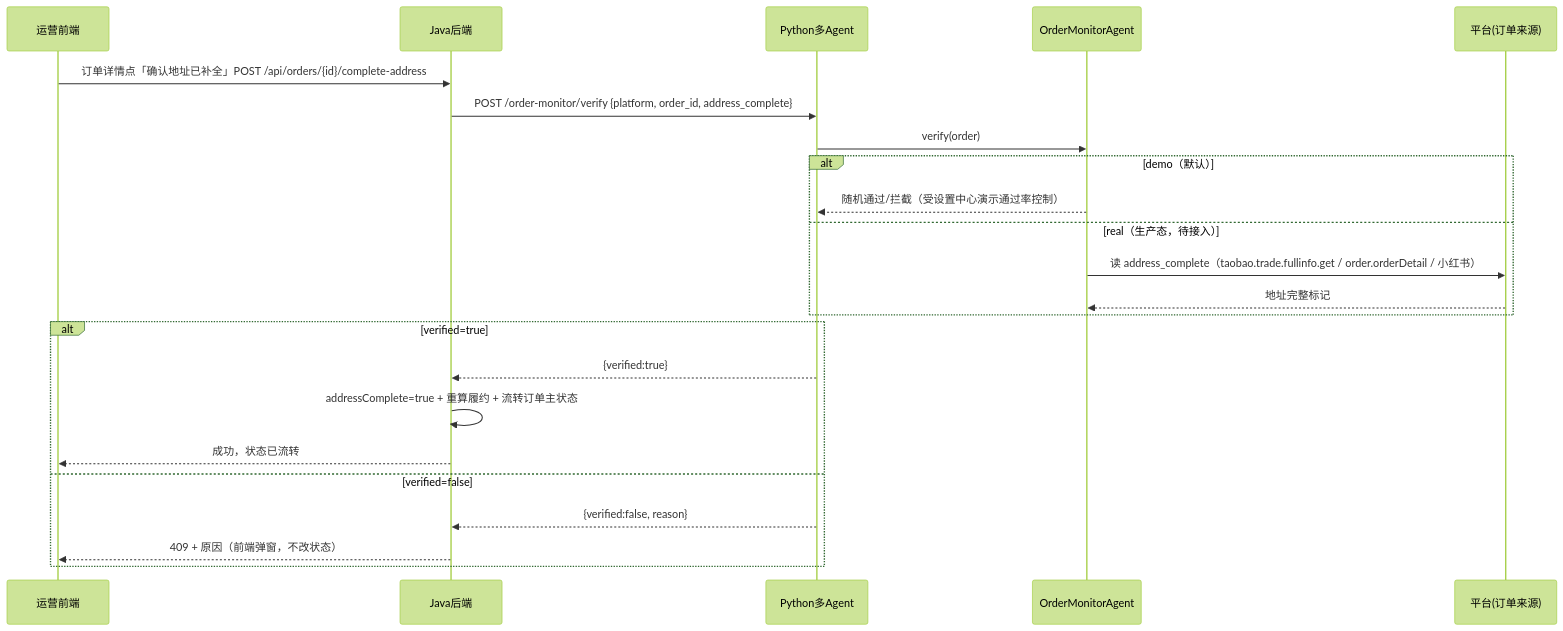
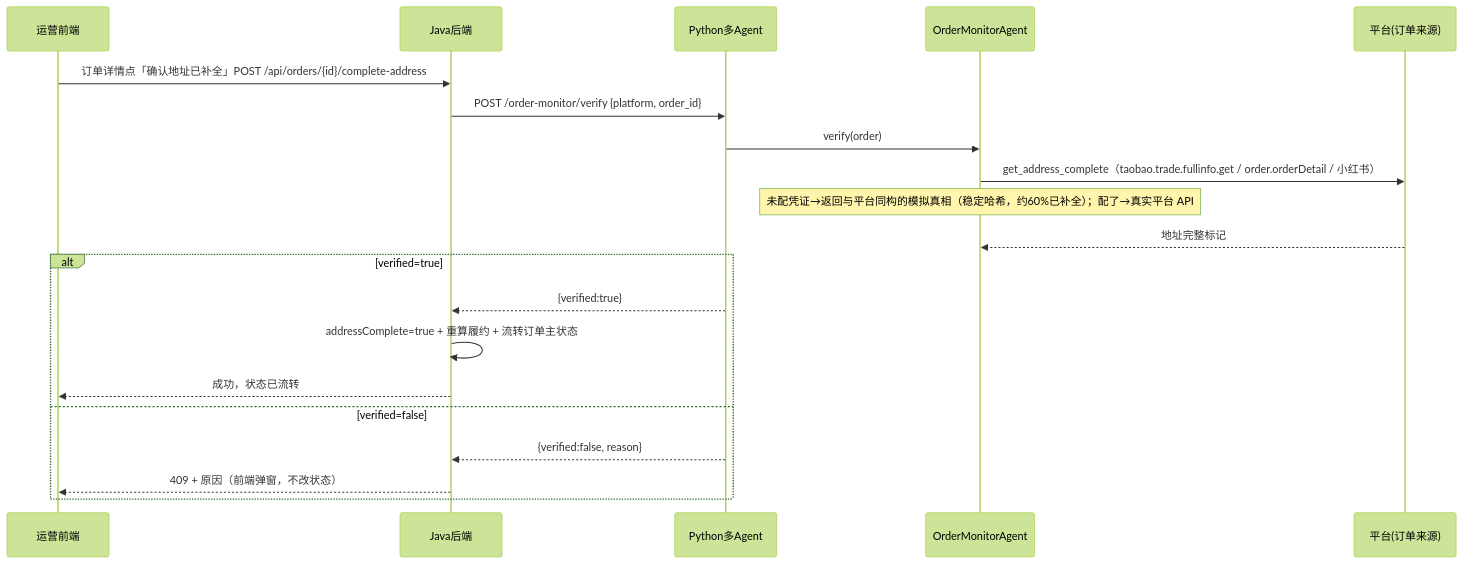
Before and after one commit to zhe-shi-lth/ecommerce-multi-agent-assistant: the fourth of 6 diagrams in 多Agent架构与时序图.md, drawn with Mermaid (forest theme). The commit also changed other lines of this file and 43 other files, not shown here.

````diff
--- a/多Agent架构与时序图.md
+++ b/多Agent架构与时序图.md
@@ -197,26 +198,23 @@
 ```mermaid
 sequenceDiagram
     participant 运营前端
     participant Java后端
     participant Python多Agent
     participant OrderMonitorAgent
     participant 平台(订单来源)
 
     运营前端->>Java后端: 订单详情点「确认地址已补全」POST /api/orders/{id}/complete-address
-    Java后端->>Python多Agent: POST /order-monitor/verify {platform, order_id, address_complete}
+    Java后端->>Python多Agent: POST /order-monitor/verify {platform, order_id}
     Python多Agent->>OrderMonitorAgent: verify(order)
-    alt demo（默认）
-        OrderMonitorAgent-->>Python多Agent: 随机通过/拦截（受设置中心演示通过率控制）
-    else real（生产态，待接入）
-        OrderMonitorAgent->>平台(订单来源): 读 address_complete（taobao.trade.fullinfo.get / order.orderDetail / 小红书）
-        平台(订单来源)-->>OrderMonitorAgent: 地址完整标记
-    end
+    OrderMonitorAgent->>平台(订单来源): get_address_complete（taobao.trade.fullinfo.get / order.orderDetail / 小红书）
+    Note over OrderMonitorAgent: 未配凭证→返回与平台同构的模拟真相（稳定哈希，约60%已补全）；配了→真实平台 API
+    平台(订单来源)-->>OrderMonitorAgent: 地址完整标记
     alt verified=true
         Python多Agent-->>Java后端: {verified:true}
         Java后端->>Java后端: addressComplete=true + 重算履约 + 流转订单主状态
         Java后端-->>运营前端: 成功，状态已流转
     else verified=false
         Python多Agent-->>Java后端: {verified:false, reason}
         Java后端-->>运营前端: 409 + 原因（前端弹窗，不改状态）
     end
 ```
````
